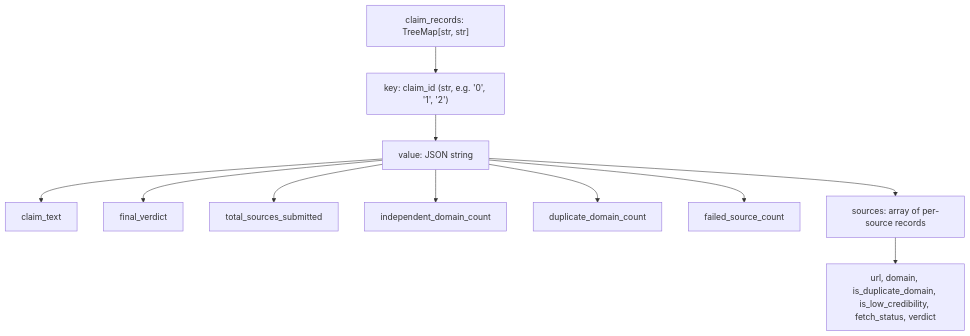
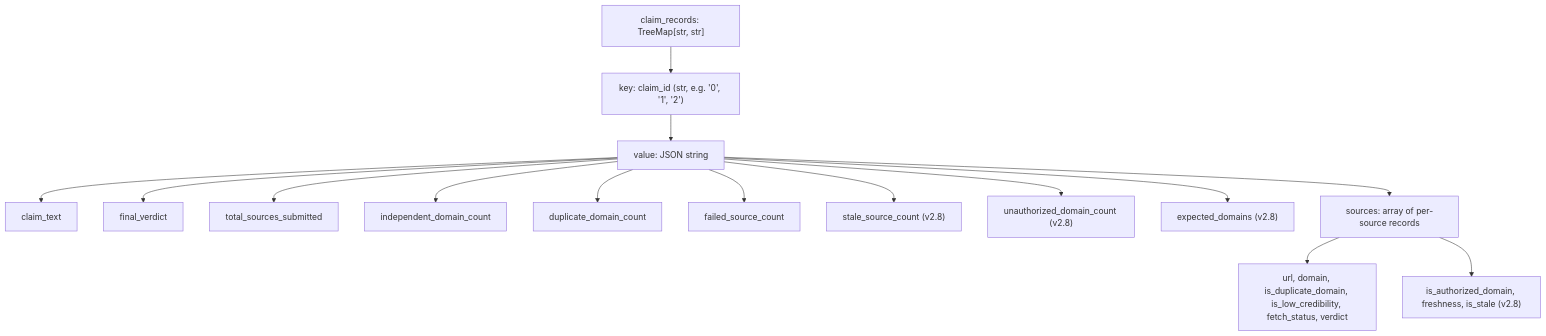
Before and after one commit to 123Cryp/genlayer-truthbeacon: the fourth of 4 diagrams in ARCHITECTURE.md, drawn with Mermaid. The commit also changed other lines of this file and 5 other files, not shown here.

````diff
--- a/ARCHITECTURE.md
+++ b/ARCHITECTURE.md
@@ -171,13 +178,17 @@
 ```mermaid
 flowchart TD
     A["claim_records: TreeMap[str, str]"] --> B["key: claim_id (str, e.g. '0', '1', '2')"]
     B --> C["value: JSON string"]
     C --> D[claim_text]
     C --> E[final_verdict]
     C --> F[total_sources_submitted]
     C --> G[independent_domain_count]
     C --> H[duplicate_domain_count]
     C --> I[failed_source_count]
+    C --> L["stale_source_count (v2.8)"]
+    C --> M["unauthorized_domain_count (v2.8)"]
+    C --> N["expected_domains (v2.8)"]
     C --> J["sources: array of per-source records"]
     J --> K[url, domain, is_duplicate_domain, is_low_credibility, fetch_status, verdict]
+    J --> O["is_authorized_domain, freshness, is_stale (v2.8)"]
 ```
````
